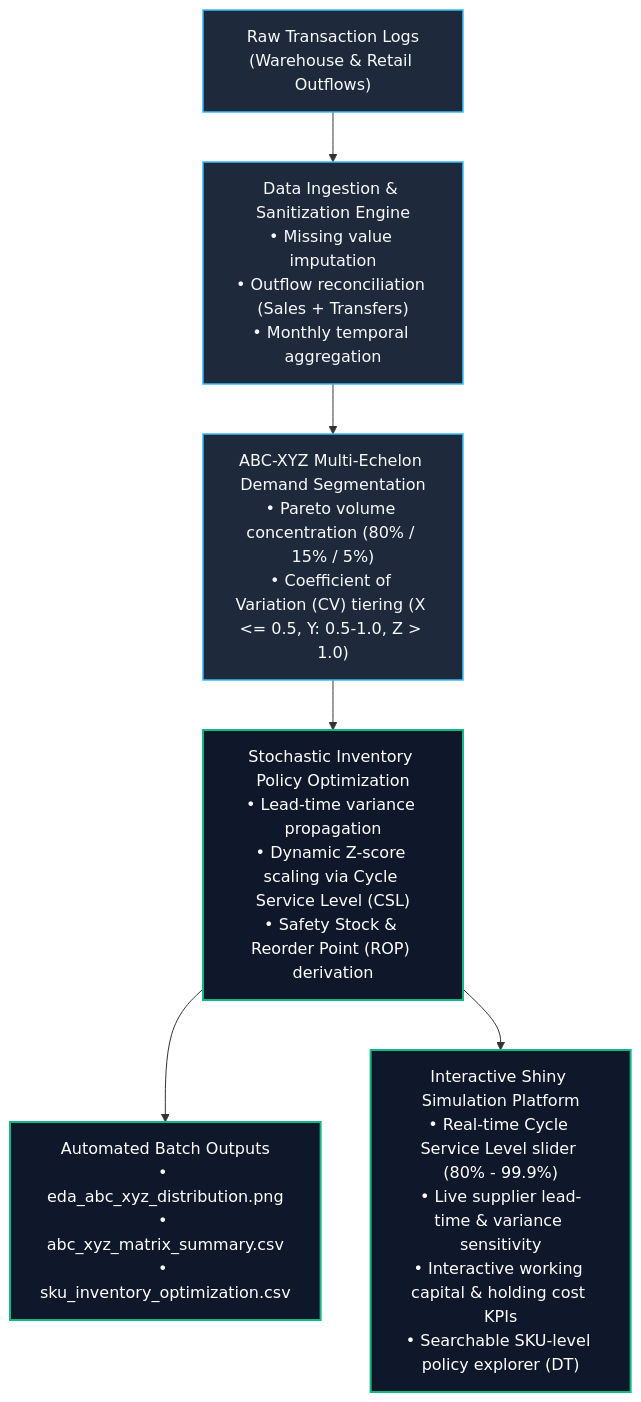
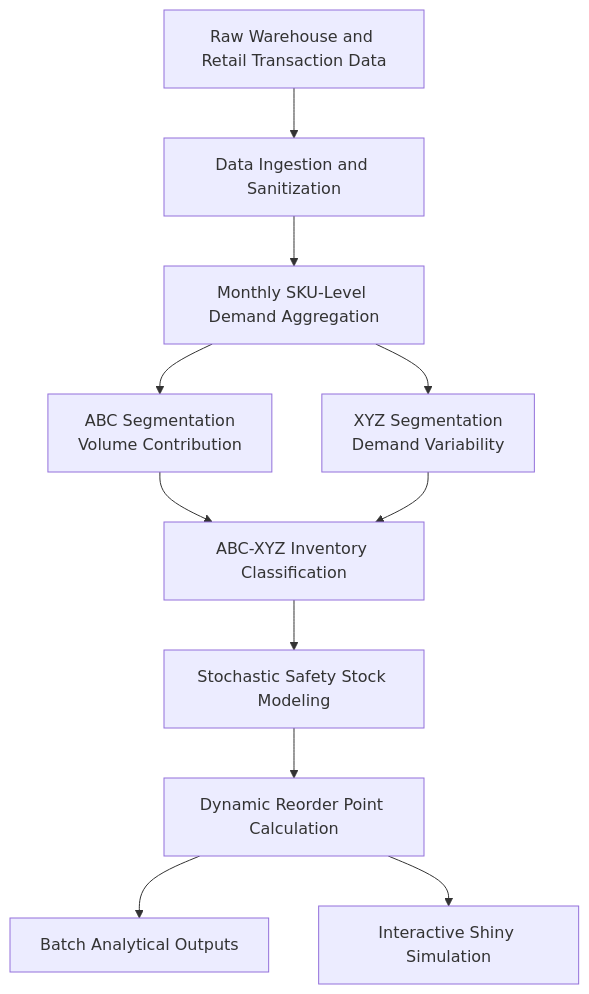
The diagram in README.md (AshutoshTembhekar/supply-chain-inventory-optimization), drawn with Mermaid before and after one commit. The commit also changed other lines of this file, not shown here.

First line of the commit message:
Revise README for Supply Chain Inventory Optimization

````diff
--- a/README.md
+++ b/README.md
@@ -34,16 +77,24 @@
 ```mermaid
 flowchart TD
-    A["Raw Transaction Logs<br/>(Warehouse & Retail Outflows)"] --> B["Data Ingestion & Sanitization Engine<br/>• Missing value imputation<br/>• Outflow reconciliation (Sales + Transfers)<br/>• Monthly temporal aggregation"]
-    
-    B --> C["ABC-XYZ Multi-Echelon Demand Segmentation<br/>• Pareto volume concentration (80% / 15% / 5%)<br/>• Coefficient of Variation (CV) tiering (X <= 0.5, Y: 0.5-1.0, Z > 1.0)"]
-    
-    C --> D["Stochastic Inventory Policy Optimization<br/>• Lead-time variance propagation<br/>• Dynamic Z-score scaling via Cycle Service Level (CSL)<br/>• Safety Stock & Reorder Point (ROP) derivation"]
-    
-    D --> E["Automated Batch Outputs<br/>• eda_abc_xyz_distribution.png<br/>• abc_xyz_matrix_summary.csv<br/>• sku_inventory_optimization.csv"]
-    D --> F["Interactive Shiny Simulation Platform<br/>• Real-time Cycle Service Level slider (80% - 99.9%)<br/>• Live supplier lead-time & variance sensitivity<br/>• Interactive working capital & holding cost KPIs<br/>• Searchable SKU-level policy explorer (DT)"]
+    A["Raw Warehouse and Retail Transaction Data"]
+    B["Data Ingestion and Sanitization"]
+    C["Monthly SKU-Level Demand Aggregation"]
+    D["ABC Segmentation<br/>Volume Contribution"]
+    E["XYZ Segmentation<br/>Demand Variability"]
+    F["ABC-XYZ Inventory Classification"]
+    G["Stochastic Safety Stock Modeling"]
+    H["Dynamic Reorder Point Calculation"]
+    I["Batch Analytical Outputs"]
+    J["Interactive Shiny Simulation"]
 
-    classDef default fill:#1E293B,stroke:#38BDF8,stroke-width:1.5px,color:#F8FAFC;
-    classDef highlight fill:#0F172A,stroke:#10B981,stroke-width:2px,color:#FFFFFF;
-    class A,B,C default;
-    class D,E,F highlight;
+    A --> B
+    B --> C
+    C --> D
+    C --> E
+    D --> F
+    E --> F
+    F --> G
+    G --> H
+    H --> I
+    H --> J
 ```
````
